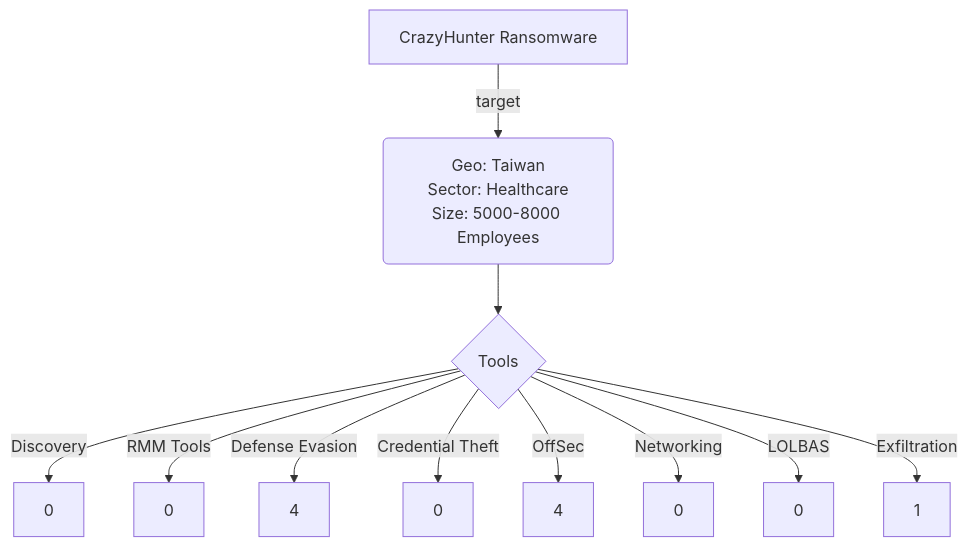
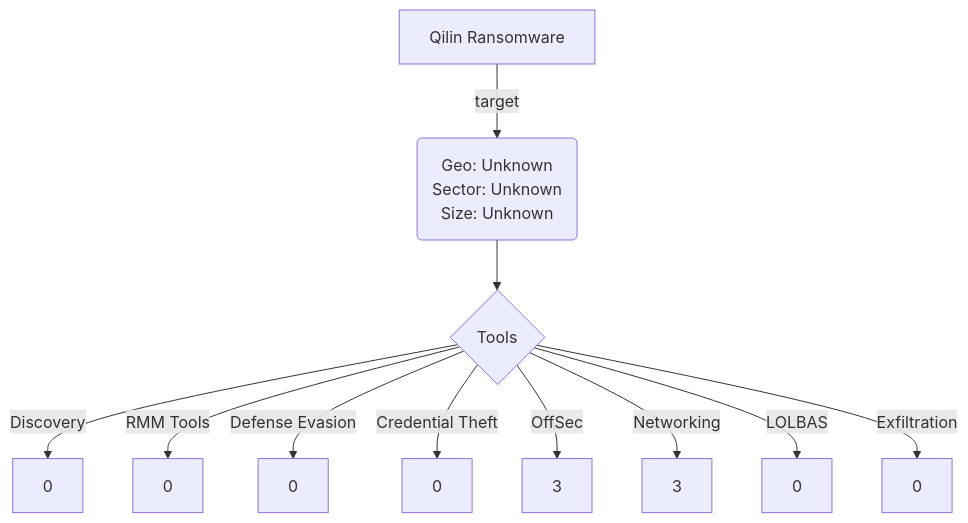
The diagram in CommunityReports/Qilin-June-2022.md (BushidoUK/Ransomware-Tool-Matrix), drawn with Mermaid before and after one commit. The commit also changed other lines of this file, not shown here.

````diff
--- a/CommunityReports/Qilin-June-2022.md
+++ b/CommunityReports/Qilin-June-2022.md
@@ -64,15 +50,15 @@
 ```mermaid
 flowchart TD;
-    A[CrazyHunter Ransomware] -->|target| B(Geo: Taiwan
-Sector: Healthcare
-Size: 5000-8000 Employees);
+    A[Qilin Ransomware] -->|target| B(Geo: Unknown
+Sector: Unknown
+Size: Unknown);
     B --> C{Tools};
     C -->|Discovery| D[0];
     C -->|RMM Tools| E[0];
-    C -->|Defense Evasion| F[4];
+    C -->|Defense Evasion| F[0];
     C -->|Credential Theft| G[0];
-    C -->|OffSec| H[4];
-    C -->|Networking| I[0];
+    C -->|OffSec| H[3];
+    C -->|Networking| I[3];
     C -->|LOLBAS| J[0];
-    C -->|Exfiltration| K[1];
+    C -->|Exfiltration| K[0];
 ```
````
